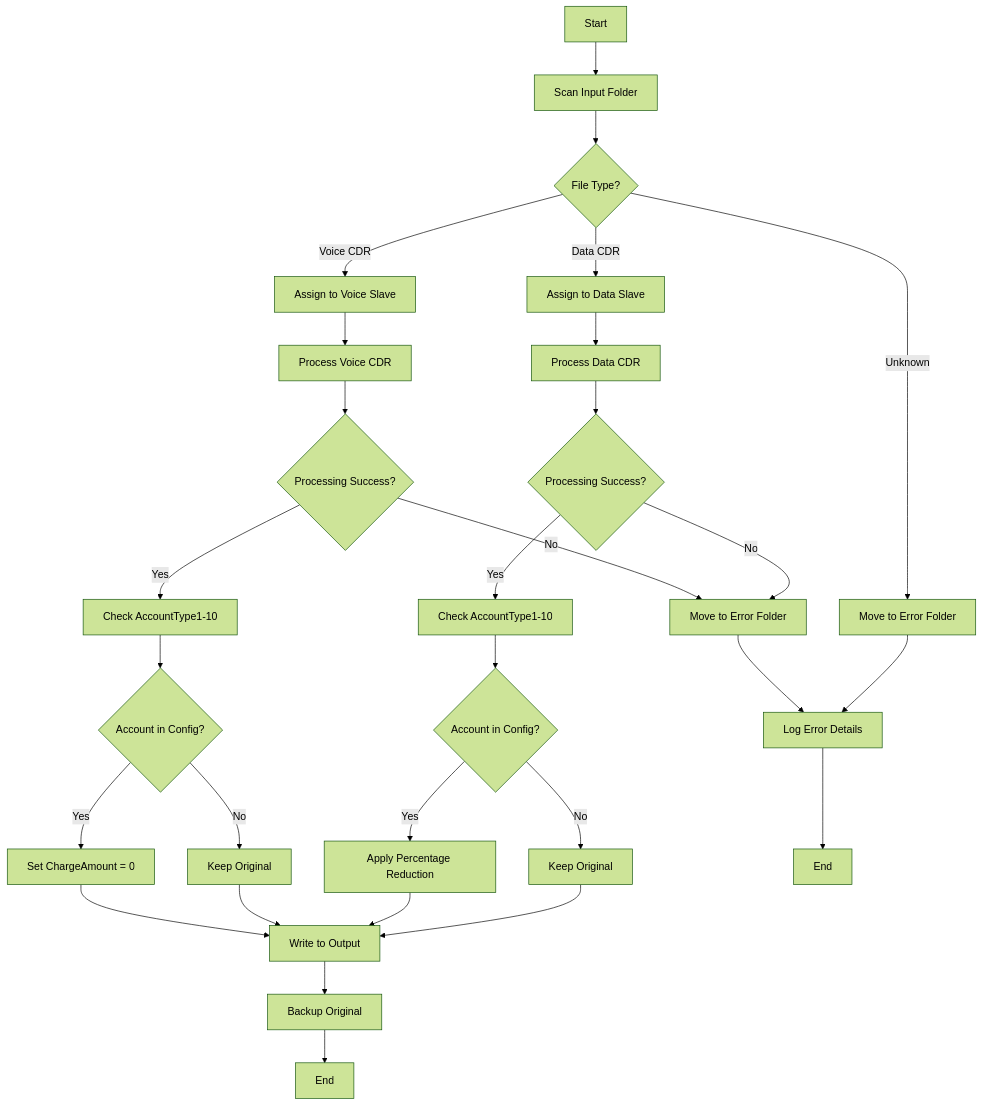
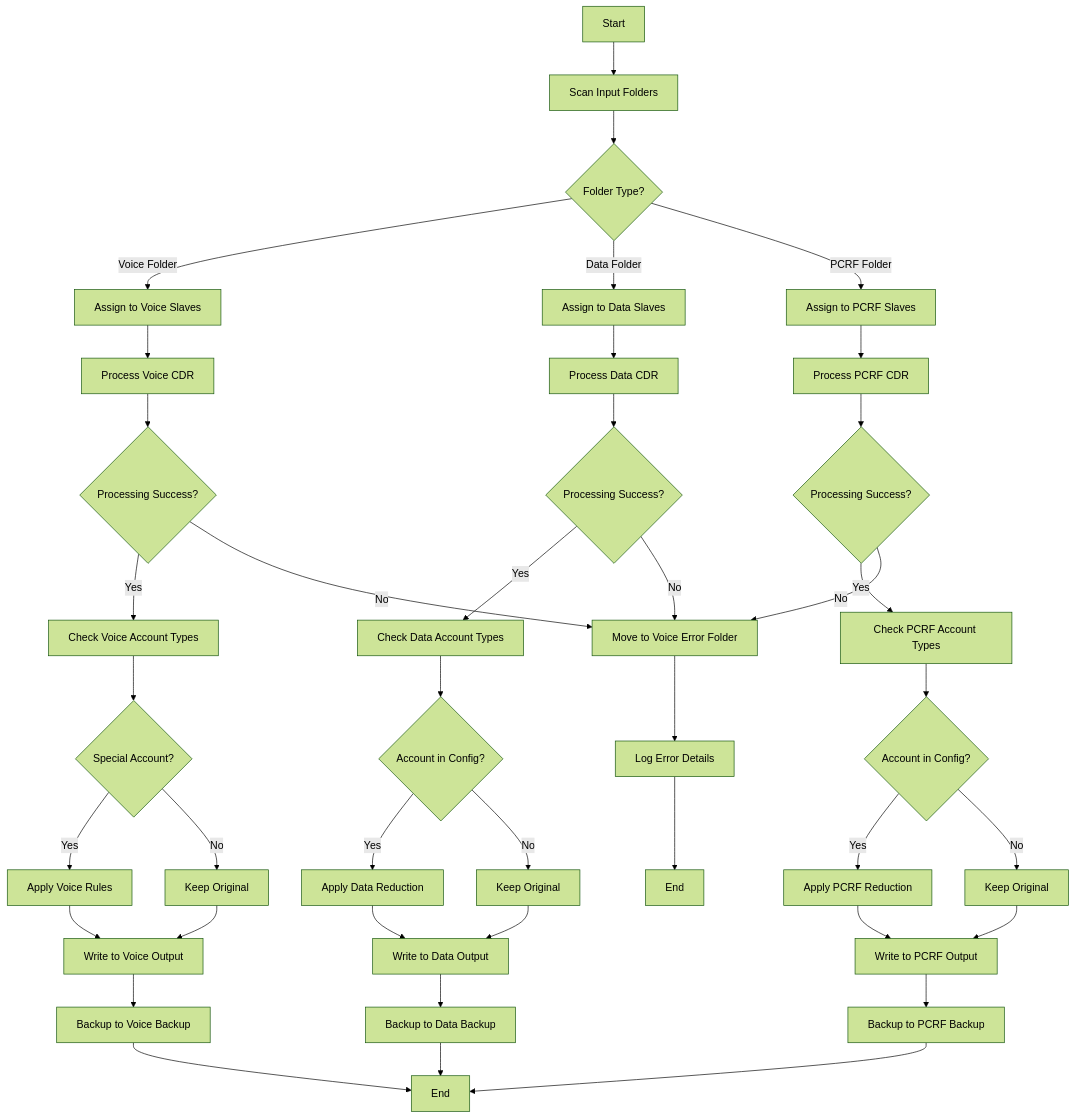
Before and after one commit to vitconhocboi/moz_cdr_process: the second of 8 diagrams in Documents/CDR_Processing_System_Design.md, drawn with Mermaid (forest theme). The commit also changed other lines of this file and 25 other files, not shown here.

Commit message:
voice data

````diff
--- a/Documents/CDR_Processing_System_Design.md
+++ b/Documents/CDR_Processing_System_Design.md
@@ -44,31 +99,55 @@
 ```mermaid
 flowchart TD
-    A[Start] --> B[Scan Input Folder]
-    B --> C{File Type?}
-    C -->|Voice CDR| D[Assign to Voice Slave]
-    C -->|Data CDR| E[Assign to Data Slave]
-    C -->|Unknown| Z[Move to Error Folder]
-    D --> F[Process Voice CDR]
-    E --> G[Process Data CDR]
-    F --> H{Processing Success?}
-    G --> I{Processing Success?}
-    H -->|Yes| J[Check AccountType1-10]
-    H -->|No| Y[Move to Error Folder]
-    I -->|Yes| K[Check AccountType1-10]
-    I -->|No| Y
-    J --> L{Account in Config?}
-    K --> M{Account in Config?}
-    L -->|Yes| N[Set ChargeAmount = 0]
-    L -->|No| O[Keep Original]
-    M -->|Yes| P[Apply Percentage Reduction]
-    M -->|No| Q[Keep Original]
-    N --> R[Write to Output]
-    O --> R
-    P --> R
-    Q --> R
-    R --> S[Backup Original]
-    S --> T[End]
-    Y --> U[Log Error Details]
-    Z --> U
-    U --> V[End]
+    A[Start] --> B[Scan Input Folders]
+    B --> C{Folder Type?}
+    C -->|Voice Folder| D[Assign to Voice Slaves]
+    C -->|Data Folder| E[Assign to Data Slaves]
+    C -->|PCRF Folder| F[Assign to PCRF Slaves]
+    
+    D --> G[Process Voice CDR]
+    E --> H[Process Data CDR]
+    F --> I[Process PCRF CDR]
+    
+    G --> J{Processing Success?}
+    H --> K{Processing Success?}
+    I --> L{Processing Success?}
+    
+    J -->|Yes| M[Check Voice Account Types]
+    J -->|No| Y[Move to Voice Error Folder]
+    
+    K -->|Yes| N[Check Data Account Types]
+    K -->|No| Y
+    
+    L -->|Yes| O[Check PCRF Account Types]
+    L -->|No| Y
+    
+    M --> P{Special Account?}
+    P -->|Yes| Q[Apply Voice Rules]
+    P -->|No| R[Keep Original]
+    
+    N --> S{Account in Config?}
+    S -->|Yes| T[Apply Data Reduction]
+    S -->|No| U[Keep Original]
+    
+    O --> V{Account in Config?}
+    V -->|Yes| W[Apply PCRF Reduction]
+    V -->|No| X[Keep Original]
+    
+    Q --> AA[Write to Voice Output]
+    R --> AA
+    T --> BB[Write to Data Output]
+    U --> BB
+    W --> CC[Write to PCRF Output]
+    X --> CC
+    
+    AA --> DD[Backup to Voice Backup]
+    BB --> EE[Backup to Data Backup]
+    CC --> FF[Backup to PCRF Backup]
+    
+    DD --> GG[End]
+    EE --> GG
+    FF --> GG
+    
+    Y --> HH[Log Error Details]
+    HH --> II[End]
 ```
````
